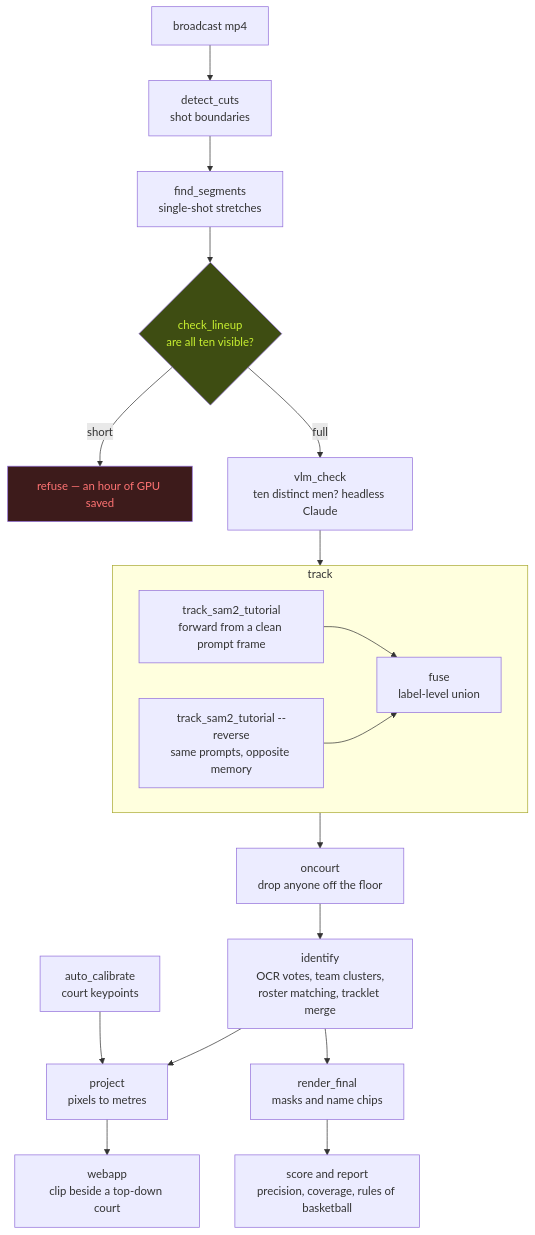
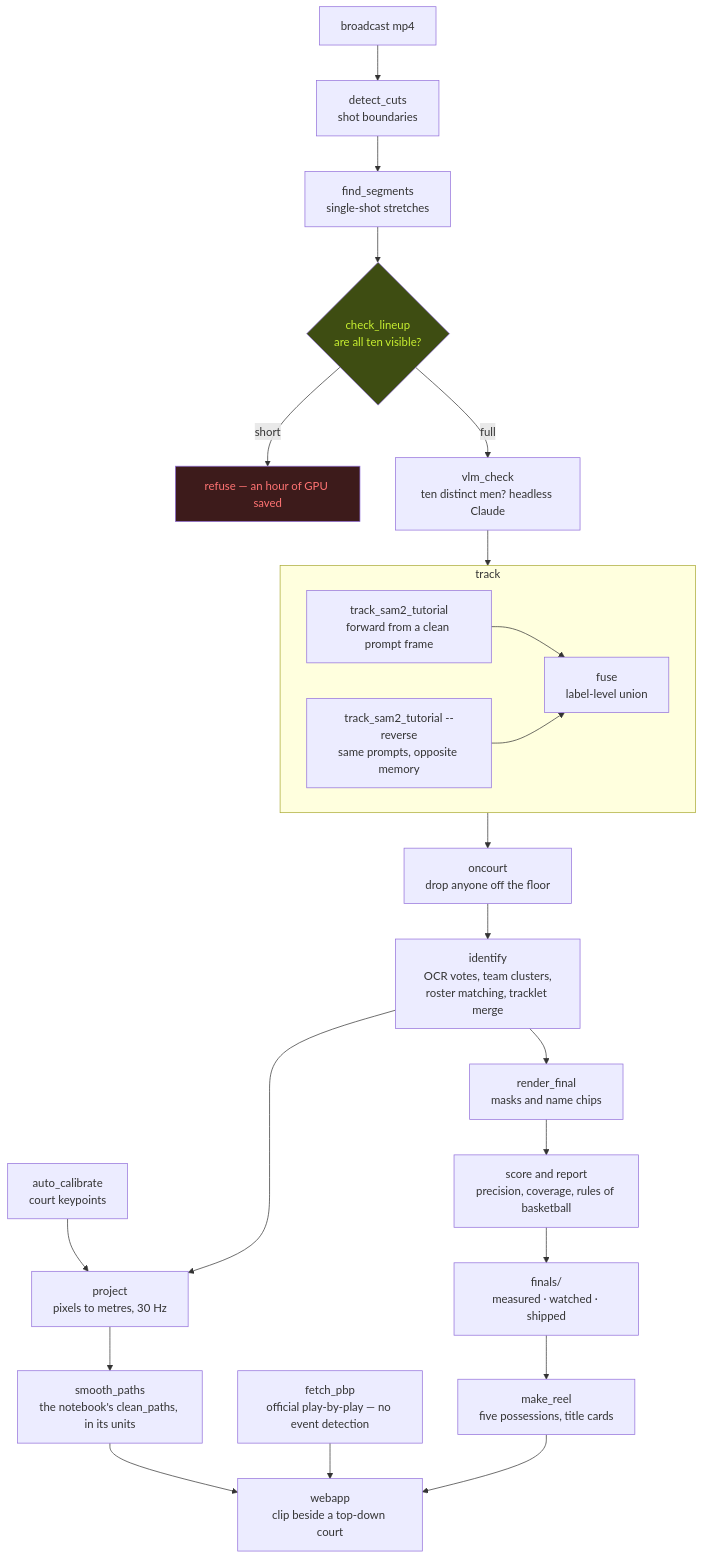
Before and after one commit to markchen1024/courtvision: the diagram in README.md, drawn with Mermaid.

Commit message:
Bring the flowchart up to the pipeline it describes
Three stages had shipped since it was drawn: smooth_paths (the
notebook's clean_paths on a 30Hz grid) between project and the webapp,
fetch_pbp feeding the timeline from the official record instead of
event detection, and the finals/ promotion gate that make_reel now
builds from. Verified by rendering the graph, not by reading it.

````diff
--- a/README.md
+++ b/README.md
@@ -29,25 +29,30 @@
 ```mermaid
 flowchart TD
     V["broadcast mp4"] --> C["detect_cuts<br/>shot boundaries"]
     C --> S["find_segments<br/>single-shot stretches"]
     S --> G{"check_lineup<br/>are all ten visible?"}
     G -->|short| STOP["refuse — an hour of GPU saved"]
     G -->|full| A["vlm_check<br/>ten distinct men? headless Claude"]
     A --> T
 
     subgraph T ["track"]
         F["track_sam2_tutorial<br/>forward from a clean prompt frame"] --> FU["fuse<br/>label-level union"]
         R["track_sam2_tutorial --reverse<br/>same prompts, opposite memory"] --> FU
     end
 
     T --> O["oncourt<br/>drop anyone off the floor"]
     O --> I["identify<br/>OCR votes, team clusters,<br/>roster matching, tracklet merge"]
-    K["auto_calibrate<br/>court keypoints"] --> P["project<br/>pixels to metres"]
+    K["auto_calibrate<br/>court keypoints"] --> P["project<br/>pixels to metres, 30 Hz"]
     I --> P
     I --> RF["render_final<br/>masks and name chips"]
-    P --> W["webapp<br/>clip beside a top-down court"]
+    P --> SM["smooth_paths<br/>the notebook's clean_paths, in its units"]
+    SM --> W["webapp<br/>clip beside a top-down court"]
+    B["fetch_pbp<br/>official play-by-play — no event detection"] --> W
     RF --> SC["score and report<br/>precision, coverage, rules of basketball"]
+    SC --> FN["finals/<br/>measured · watched · shipped"]
+    FN --> RL["make_reel<br/>five possessions, title cards"]
+    RL --> W
 
     style G fill:#3e4d12,color:#c8f031
     style STOP fill:#3d1b1b,color:#ff7373
 ```
````
